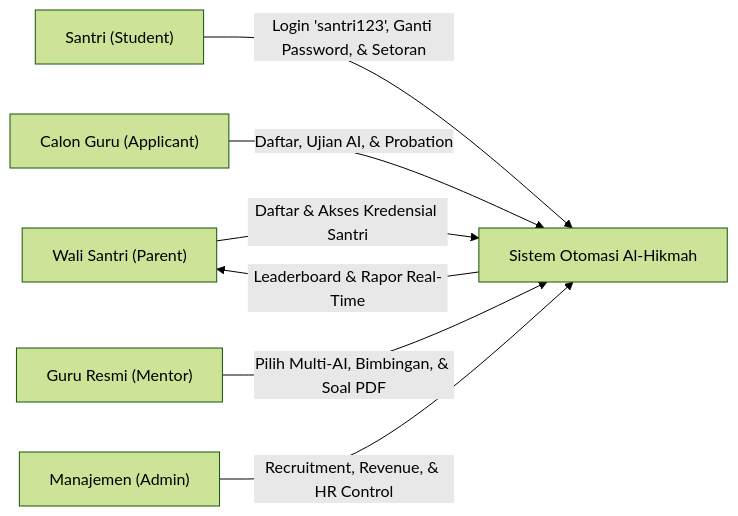
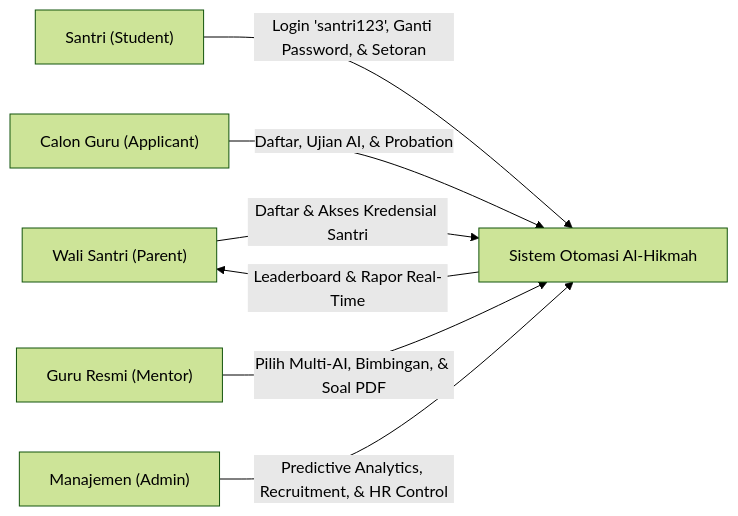
One commit to MasDan-stack/al-hikmah-lms changed the diagram in tentang.md. Above: the diagram before and after it, drawn with Mermaid (forest theme). The commit also changed other lines of this file and 1 other file, not shown here.

Commit message:
docs: sync PRD warning.md and architecture tentang.md to v8.6 Predictive Analytics & Early Warning System

````diff
--- a/tentang.md
+++ b/tentang.md
@@ -60,9 +61,9 @@
 ```mermaid
 graph LR
     A["Wali Santri (Parent)"] -->|"Daftar & Akses Kredensial Santri"| B["Sistem Otomasi Al-Hikmah"]
     C["Santri (Student)"] -->|"Login 'santri123', Ganti Password, & Setoran"| B
     D["Calon Guru (Applicant)"] -->|"Daftar, Ujian AI, & Probation"| B
     E["Guru Resmi (Mentor)"] -->|"Pilih Multi-AI, Bimbingan, & Soal PDF"| B
     B -->|"Leaderboard & Rapor Real-Time"| A
-    F["Manajemen (Admin)"] -->|"Recruitment, Revenue, & HR Control"| B
+    F["Manajemen (Admin)"] -->|"Predictive Analytics, Recruitment, & HR Control"| B
 ```
````
